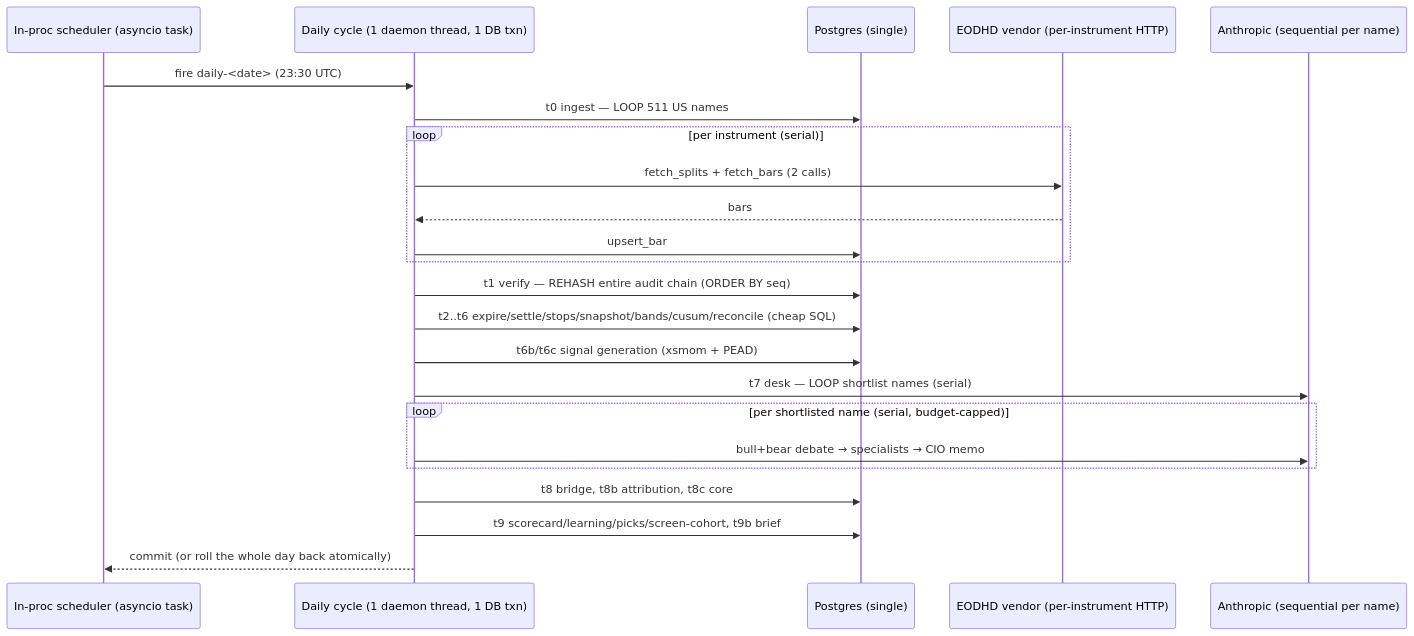
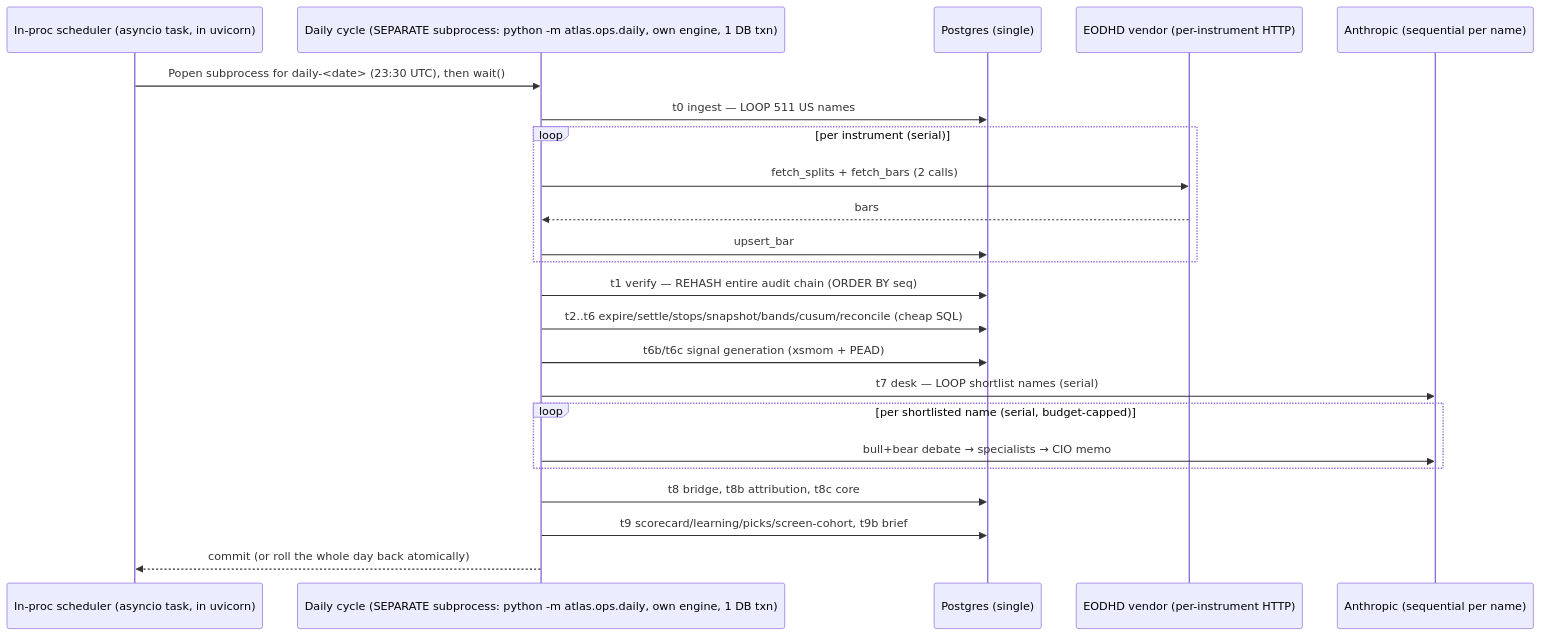
Before and after one commit to jkaryampudi/atlas: the first of 2 diagrams in REVIEW_PACKAGE/15_PERFORMANCE.md, drawn with Mermaid. The commit also changed other lines of this file and 17 other files, not shown here.

````diff
--- a/REVIEW_PACKAGE/15_PERFORMANCE.md
+++ b/REVIEW_PACKAGE/15_PERFORMANCE.md
@@ -113,26 +113,26 @@
 ```mermaid
 sequenceDiagram
-    participant Sched as In-proc scheduler (asyncio task)
-    participant Cyc as Daily cycle (1 daemon thread, 1 DB txn)
+    participant Sched as In-proc scheduler (asyncio task, in uvicorn)
+    participant Cyc as Daily cycle (SEPARATE subprocess: python -m atlas.ops.daily, own engine, 1 DB txn)
     participant PG as Postgres (single)
     participant EODHD as EODHD vendor (per-instrument HTTP)
     participant LLM as Anthropic (sequential per name)
 
-    Sched->>Cyc: fire daily-<date> (23:30 UTC)
+    Sched->>Cyc: Popen subprocess for daily-<date> (23:30 UTC), then wait()
     Cyc->>PG: t0 ingest — LOOP 511 US names
     loop per instrument (serial)
         Cyc->>EODHD: fetch_splits + fetch_bars (2 calls)
         EODHD-->>Cyc: bars
         Cyc->>PG: upsert_bar
     end
     Cyc->>PG: t1 verify — REHASH entire audit chain (ORDER BY seq)
     Cyc->>PG: t2..t6 expire/settle/stops/snapshot/bands/cusum/reconcile (cheap SQL)
     Cyc->>PG: t6b/t6c signal generation (xsmom + PEAD)
     Cyc->>LLM: t7 desk — LOOP shortlist names (serial)
     loop per shortlisted name (serial, budget-capped)
         Cyc->>LLM: bull+bear debate → specialists → CIO memo
     end
     Cyc->>PG: t8 bridge, t8b attribution, t8c core
     Cyc->>PG: t9 scorecard/learning/picks/screen-cohort, t9b brief
     Cyc-->>Sched: commit (or roll the whole day back atomically)
 ```
````
